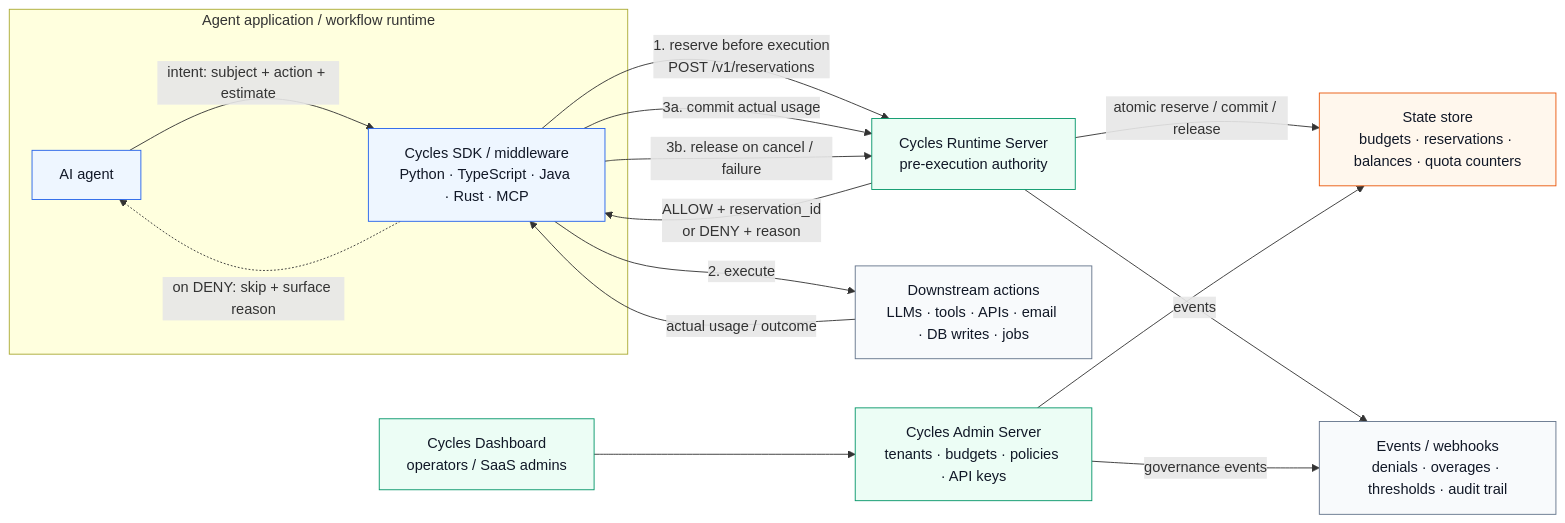
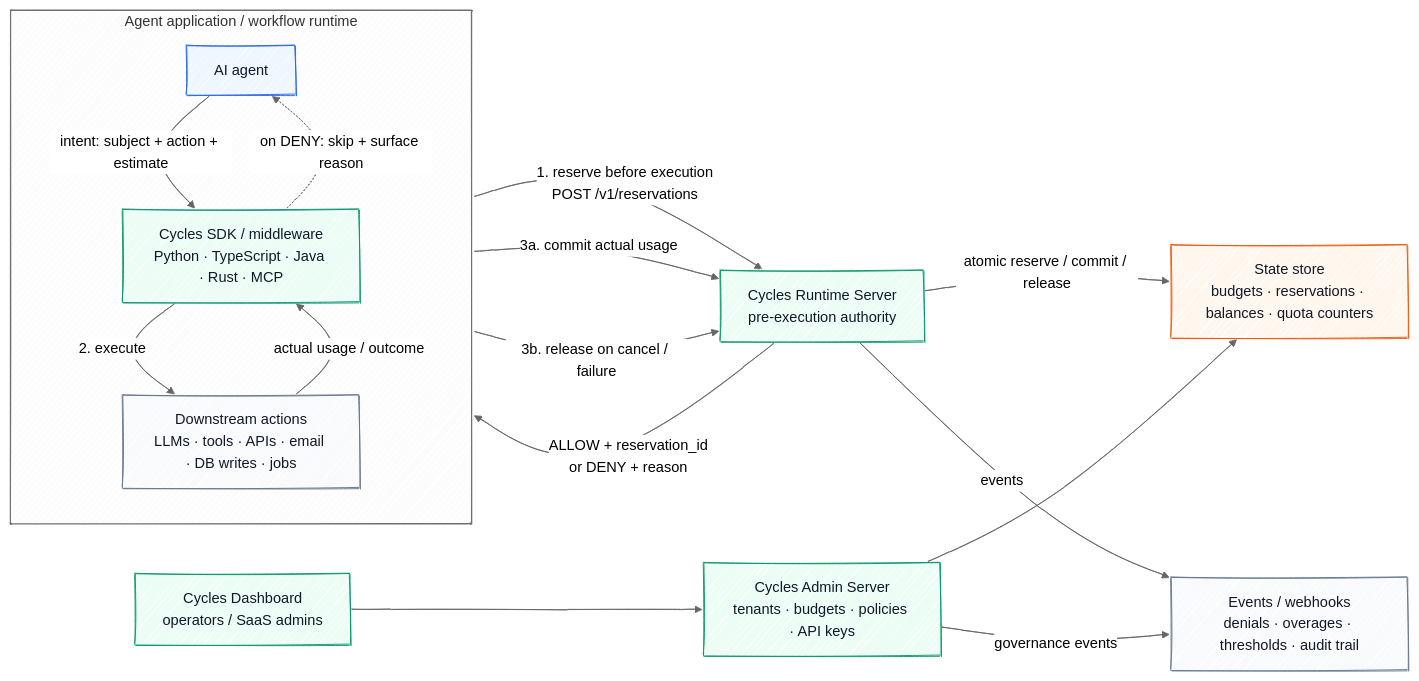
The diagram in ARCHITECTURE.md (runcycles/.github), drawn with Mermaid before and after one commit. The commit also changed 1 other file, not shown here.

First paragraph of the commit message:
docs(diagrams): hand-drawn look + clearer agent-runtime boundary (#37)
* docs(diagrams): hand-drawn look + clearer agent-runtime boundary

````diff
--- a/ARCHITECTURE.md
+++ b/ARCHITECTURE.md
@@ -9,48 +9,57 @@
 ```mermaid
+---
+config:
+  look: handDrawn
+  theme: neutral
+---
 flowchart LR
   %% =========================
-  %% Agent side
+  %% Agent side — everything inside this box runs in your application process
   %% =========================
   subgraph APP["Agent application / workflow runtime"]
+    direction TB
     AGENT["AI agent"]
     SDK["Cycles SDK / middleware<br/>Python · TypeScript · Java · Rust · MCP"]
+    ACTIONS["Downstream actions<br/>LLMs · tools · APIs · email · DB writes · jobs"]
     AGENT -->|"intent: subject + action + estimate"| SDK
+    SDK -->|"2. execute"| ACTIONS
+    ACTIONS -->|"actual usage / outcome"| SDK
   end
 
   %% =========================
-  %% Enforcement path
+  %% Enforcement path — crosses the agent runtime boundary
   %% =========================
   SDK -->|"1. reserve before execution<br/>POST /v1/reservations"| RUNTIME["Cycles Runtime Server<br/>pre-execution authority"]
   RUNTIME -->|"ALLOW + reservation_id<br/>or DENY + reason"| SDK
   SDK -.->|"on DENY: skip + surface reason"| AGENT
-
-  SDK -->|"2. execute"| ACTIONS["Downstream actions<br/>LLMs · tools · APIs · email · DB writes · jobs"]
-  ACTIONS -->|"actual usage / outcome"| SDK
 
   SDK -->|"3a. commit actual usage"| RUNTIME
   SDK -->|"3b. release on cancel / failure"| RUNTIME
 
   %% =========================
   %% State and governance
   %% =========================
   RUNTIME -->|"atomic reserve / commit / release"| STORE["State store<br/>budgets · reservations · balances · quota counters"]
 
   ADMIN["Cycles Admin Server<br/>tenants · budgets · policies · API keys"] --> STORE
   DASH["Cycles Dashboard<br/>operators / SaaS admins"] --> ADMIN
 
   RUNTIME -->|"events"| EVENTS["Events / webhooks<br/>denials · overages · thresholds · audit trail"]
   ADMIN -->|"governance events"| EVENTS
 
   %% =========================
-  %% Styles
+  %% Styles — colors group nodes by ownership.
+  %% blue = your code; teal = Cycles components; orange = state; grey = downstream/external.
   %% =========================
-  classDef primary fill:#eef6ff,stroke:#2563eb,stroke-width:1px,color:#111827;
-  classDef runtime fill:#ecfdf5,stroke:#059669,stroke-width:1px,color:#111827;
+  classDef agent fill:#eef6ff,stroke:#2563eb,stroke-width:1px,color:#111827;
+  classDef cycles fill:#ecfdf5,stroke:#059669,stroke-width:1px,color:#111827;
   classDef state fill:#fff7ed,stroke:#ea580c,stroke-width:1px,color:#111827;
+  classDef action fill:#f8fafc,stroke:#64748b,stroke-width:1px,color:#111827;
   classDef external fill:#f8fafc,stroke:#64748b,stroke-width:1px,color:#111827;
 
-  class AGENT,SDK primary;
-  class RUNTIME,ADMIN,DASH runtime;
+  class AGENT agent;
+  class SDK,RUNTIME,ADMIN,DASH cycles;
   class STORE state;
-  class ACTIONS,EVENTS external;
+  class ACTIONS action;
+  class EVENTS external;
 ```
````
